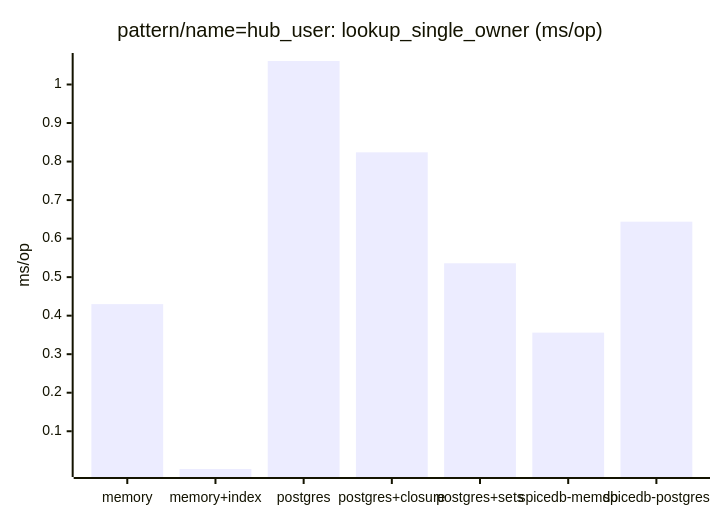
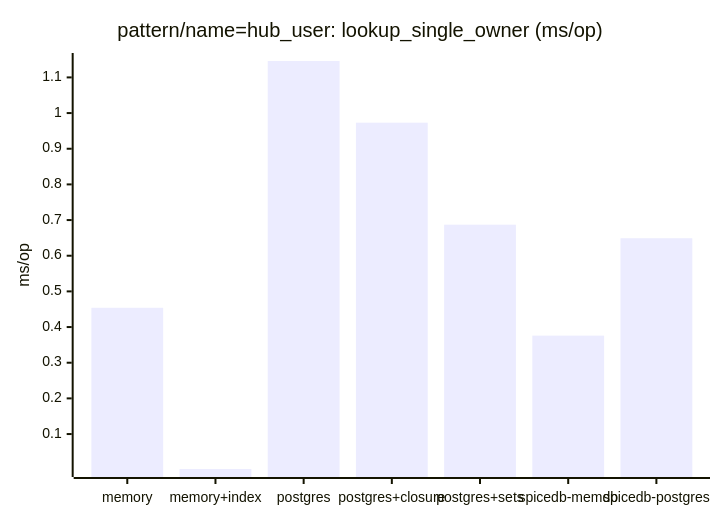
One commit to matick-io/authz changed the sixth of 31 diagrams in compare/compare.md. Above: the diagram before and after it, drawn with Mermaid. The commit also changed other lines of this file and 2 other files, not shown here.

````diff
--- a/compare/compare.md
+++ b/compare/compare.md
@@ -98,7 +98,7 @@
 ```mermaid
 xychart-beta
     title "pattern/name=hub_user: lookup_single_owner (ms/op)"
     x-axis ["memory", "memory+index", "postgres", "postgres+closure", "postgres+sets", "spicedb-memdb", "spicedb-postgres"]
     y-axis "ms/op"
-    bar [0.430, 0.002, 1.061, 0.824, 0.536, 0.356, 0.644]
+    bar [0.454, 0.002, 1.146, 0.973, 0.687, 0.376, 0.649]
 ```
````
